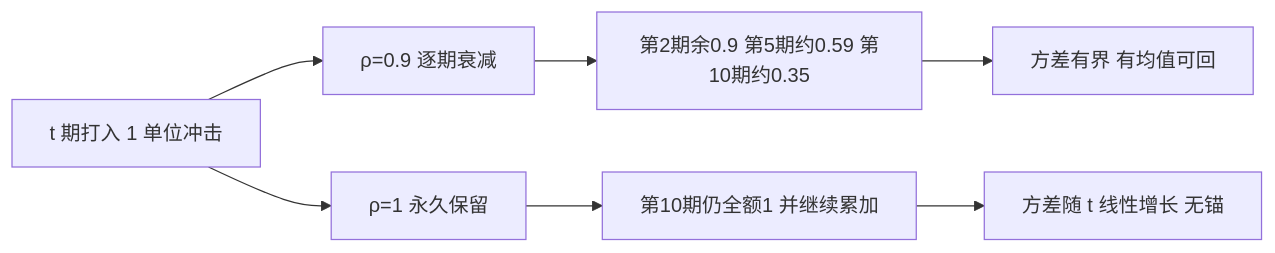
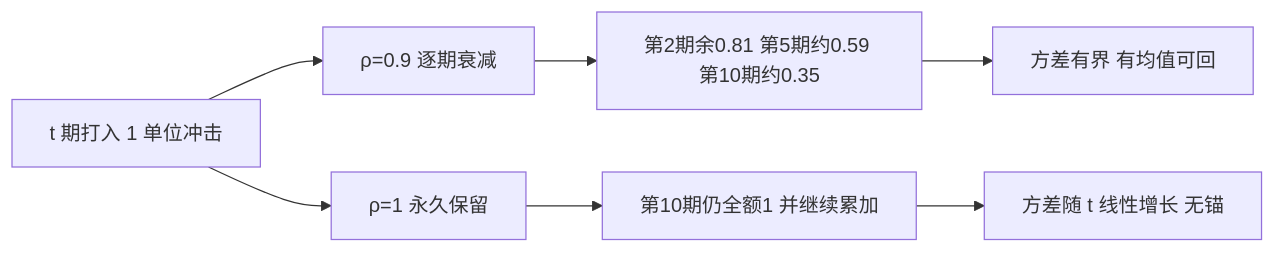
One commit to xhongduo-tech/xhongduo-tech.github.io changed the first of 2 diagrams in docs/quant/unit-root.md. Above: the diagram before and after it, drawn with Mermaid. The commit also changed 3 other files, not shown here.

````diff
--- a/docs/quant/unit-root.md
+++ b/docs/quant/unit-root.md
@@ -20,9 +20,9 @@
 ```mermaid
 flowchart LR
   Shock["t 期打入 1 单位冲击"] --> R09["ρ=0.9 逐期衰减"]
   Shock --> R1["ρ=1 永久保留"]
-  R09 --> D1["第2期余0.9 第5期约0.59 第10期约0.35"]
+  R09 --> D1["第2期余0.81 第5期约0.59 第10期约0.35"]
   R1 --> D2["第10期仍全额1 并继续累加"]
   D1 --> V0["方差有界 有均值可回"]
   D2 --> V1["方差随 t 线性增长 无锚"]
 ```
````
